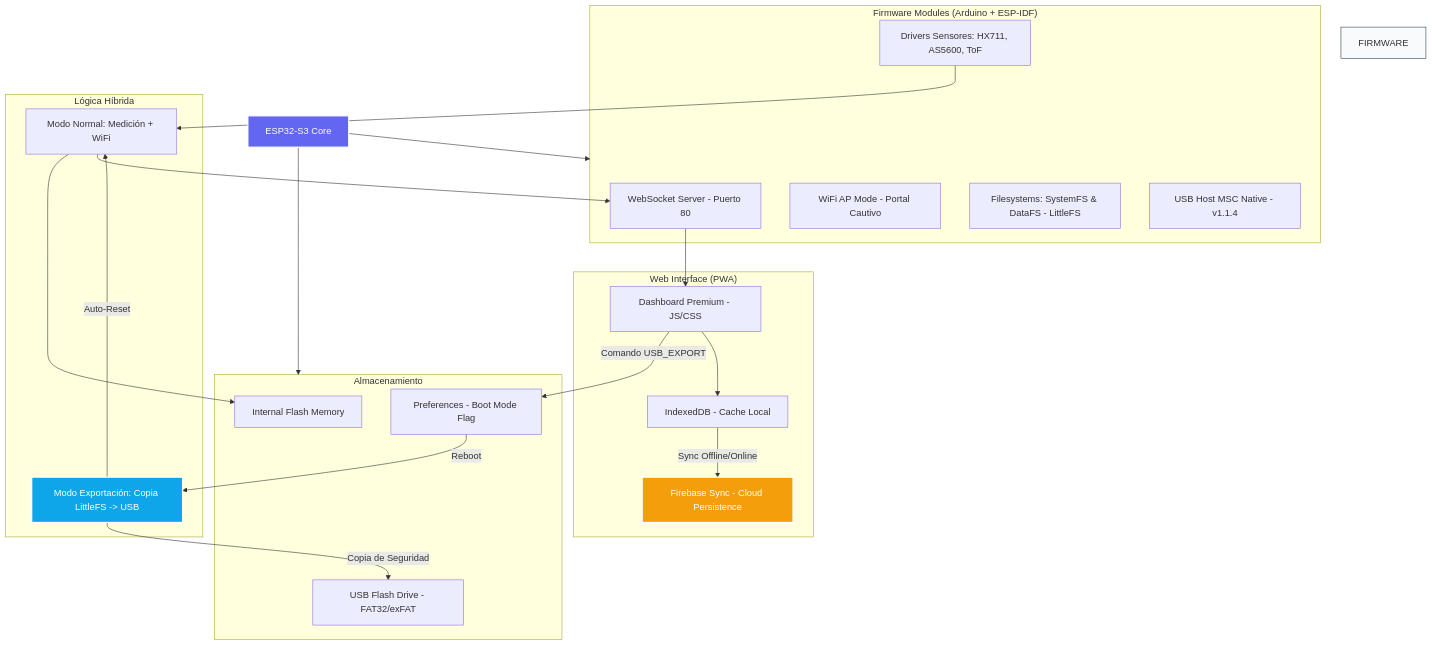
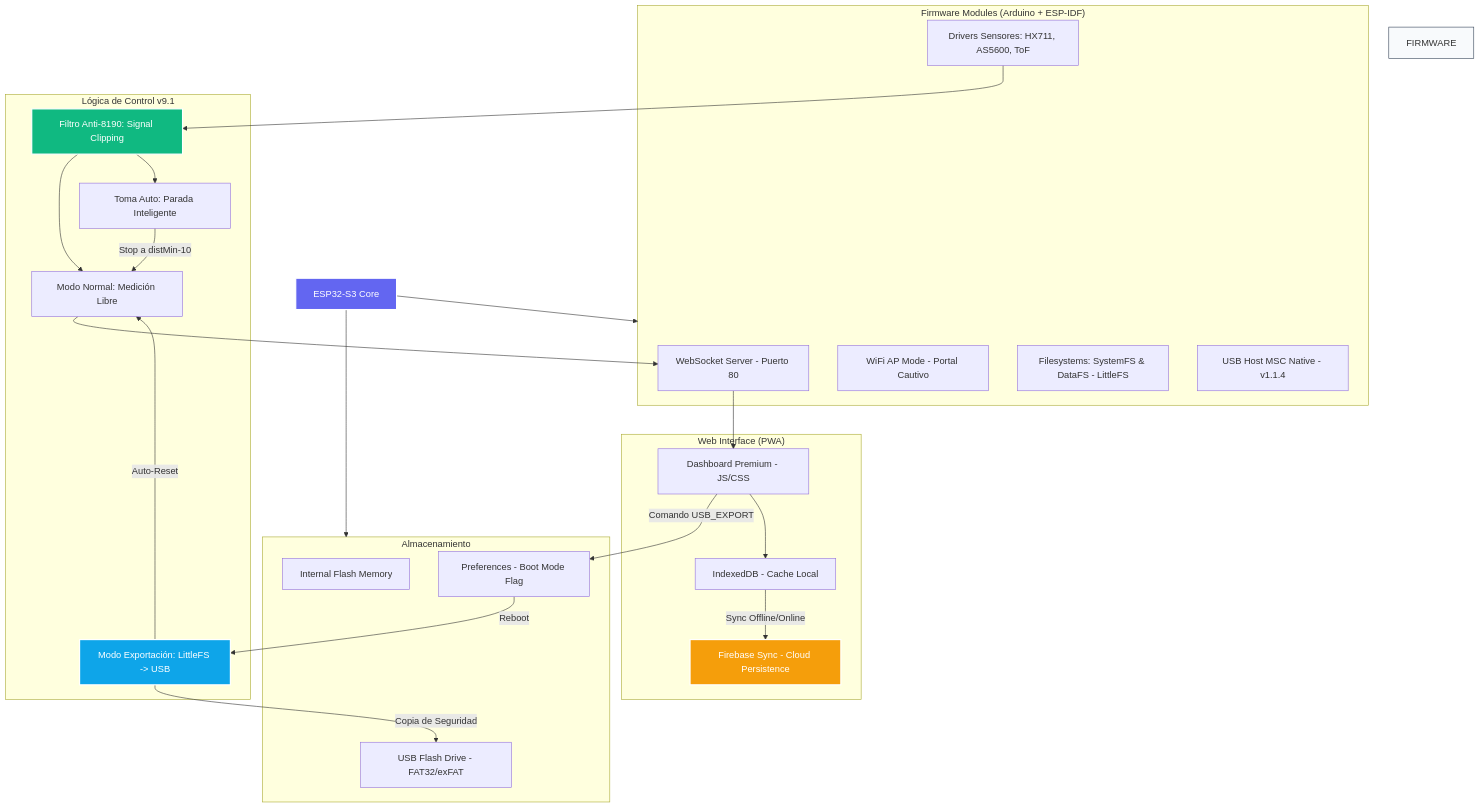
The diagram in Planes_AI/Mapa_Proyecto_GraphyFYY.md (nerinconq/ESP32S3-UMNG), drawn with Mermaid before and after one commit. The commit also changed other lines of this file and 5 other files, not shown here.

Commit message:
fix(sensors): filtro anti-8190 corregido - ignorar lecturas malas en vez de saltar a distMax

````diff
--- a/Planes_AI/Mapa_Proyecto_GraphyFYY.md
+++ b/Planes_AI/Mapa_Proyecto_GraphyFYY.md
@@ -5,60 +5,65 @@
 ```mermaid
 graph TD
     %% Centro de Control
     ESP32[ESP32-S3 Core]
     
     %% Firmware / Capas de Software
     subgraph Firmware_Modules ["Firmware Modules (Arduino + ESP-IDF)"]
         USB[USB Host MSC Native - v1.1.4]
         WIFI[WiFi AP Mode - Portal Cautivo]
         SENSORS[Drivers Sensores: HX711, AS5600, ToF]
         FS[Filesystems: SystemFS & DataFS - LittleFS]
         WS[WebSocket Server - Puerto 80]
     end
     
     %% Almacenamiento y Datos
     subgraph Storage ["Almacenamiento"]
         FLASH[Internal Flash Memory]
         PENDRIVE[USB Flash Drive - FAT32/exFAT]
         NVS[Preferences - Boot Mode Flag]
     end
     
     %% Lógica de Negocio
-    subgraph Logic ["Lógica Híbrida"]
-        NORMAL[Modo Normal: Medición + WiFi]
-        EXPORT[Modo Exportación: Copia LittleFS -> USB]
+    subgraph Logic ["Lógica de Control v9.1"]
+        NORMAL[Modo Normal: Medición Libre]
+        AUTO[Toma Auto: Parada Inteligente]
+        FILTER[Filtro Anti-8190: Signal Clipping]
+        EXPORT[Modo Exportación: LittleFS -> USB]
     end
     
     %% Interfaz de Usuario (Web App)
     subgraph WebApp ["Web Interface (PWA)"]
         UI[Dashboard Premium - JS/CSS]
         IDB[IndexedDB - Cache Local]
         SYNC[Firebase Sync - Cloud Persistence]
     end
 
     %% Relaciones
     ESP32 --> Firmware_Modules
     ESP32 --> Storage
     
     %% Ciclo de Datos
-    SENSORS --> NORMAL
-    NORMAL --> FLASH
+    SENSORS --> FILTER
+    FILTER --> NORMAL
+    FILTER --> AUTO
+    AUTO -- "Stop a distMin-10" --> NORMAL
     NORMAL --> WS
     WS --> UI
     
     %% Ciclo USB
     UI -- "Comando USB_EXPORT" --> NVS
     NVS -- "Reboot" --> EXPORT
     EXPORT -- "Copia de Seguridad" --> PENDRIVE
     EXPORT -- "Auto-Reset" --> NORMAL
     
     %% Sincronización
     UI --> IDB
     IDB -- "Sync Offline/Online" --> SYNC
     
     %% Estilos
     style ESP32 fill:#6366f1,stroke:#fff,stroke-width:2px,color:#fff
     style EXPORT fill:#0ea5e9,stroke:#fff,stroke-width:2px,color:#fff
+    style FILTER fill:#10b981,stroke:#fff,stroke-width:2px,color:#fff
     style SYNC fill:#f59e0b,stroke:#fff,stroke-width:2px,color:#fff
     style FIRMWARE fill:#f8fafc,stroke:#334155
 ```
````
